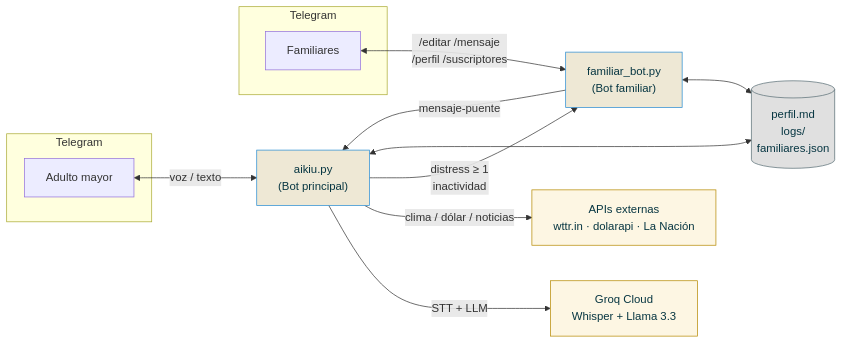
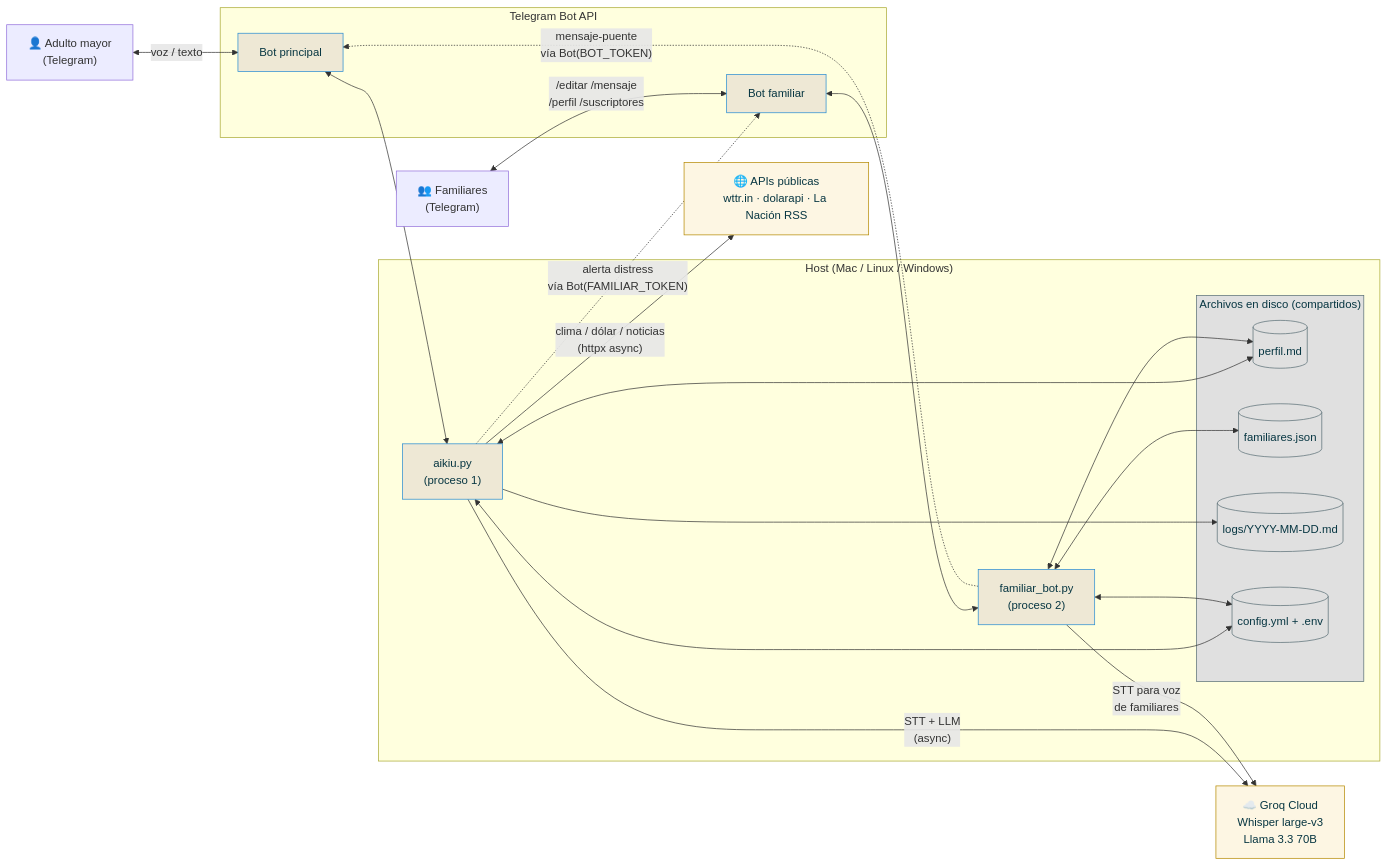
One commit to geermaanv/aikiu changed the first of 8 diagrams in README.md. Above: the diagram before and after it, drawn with Mermaid. The commit also changed other lines of this file, not shown here.

````diff
--- a/README.md
+++ b/README.md
@@ -99,25 +102,51 @@
 ```mermaid
 flowchart LR
-    subgraph TG_USR["Telegram"]
-        USR["Adulto mayor"]
-    end
-    subgraph TG_FAM["Telegram"]
-        FAM["Familiares"]
+    USR["👤 Adulto mayor<br/>(Telegram)"]
+    FAM["👥 Familiares<br/>(Telegram)"]
+
+    subgraph TG["Telegram Bot API"]
+        BOTA["Bot principal"]
+        BOTF["Bot familiar"]
     end
 
-    USR <-->|"voz / texto"| AIKIU["aikiu.py<br/>(Bot principal)"]
-    AIKIU -->|"STT + LLM"| GROQ["Groq Cloud<br/>Whisper + Llama 3.3"]
-    AIKIU -->|"clima / dólar / noticias"| EXT["APIs externas<br/>wttr.in · dolarapi · La Nación"]
-    AIKIU -->|"distress ≥ 1<br/>inactividad"| FAMBOT["familiar_bot.py<br/>(Bot familiar)"]
-    FAM <-->|"/editar /mensaje<br/>/perfil /suscriptores"| FAMBOT
-    FAMBOT -->|"mensaje-puente"| AIKIU
-    AIKIU <--> STORE[("perfil.md<br/>logs/<br/>familiares.json")]
-    FAMBOT <--> STORE
+    subgraph HOST["Host (Mac / Linux / Windows)"]
+        AIKIU["aikiu.py<br/>(proceso 1)"]
+        FAMBOT["familiar_bot.py<br/>(proceso 2)"]
+        subgraph STORE["Archivos en disco (compartidos)"]
+            PERFIL[("perfil.md")]
+            FAMJSON[("familiares.json")]
+            LOGS[("logs/YYYY-MM-DD.md")]
+            CFG[("config.yml + .env")]
+        end
+    end
+
+    GROQ["☁️ Groq Cloud<br/>Whisper large-v3<br/>Llama 3.3 70B"]
+    EXT["🌐 APIs públicas<br/>wttr.in · dolarapi · La Nación RSS"]
+
+    USR <-->|"voz / texto"| BOTA
+    FAM <-->|"/editar /mensaje<br/>/perfil /suscriptores"| BOTF
+
+    BOTA <--> AIKIU
+    BOTF <--> FAMBOT
+
+    AIKIU -->|"STT + LLM<br/>(async)"| GROQ
+    AIKIU -->|"clima / dólar / noticias<br/>(httpx async)"| EXT
+    FAMBOT -->|"STT para voz<br/>de familiares"| GROQ
+
+    AIKIU -.->|"alerta distress<br/>vía Bot(FAMILIAR_TOKEN)"| BOTF
+    FAMBOT -.->|"mensaje-puente<br/>vía Bot(BOT_TOKEN)"| BOTA
+
+    AIKIU <--> PERFIL
+    AIKIU --> LOGS
+    AIKIU <--> CFG
+    FAMBOT <--> PERFIL
+    FAMBOT <--> FAMJSON
+    FAMBOT <--> CFG
 
     classDef ext fill:#fdf6e3,stroke:#b58900,color:#073642;
     classDef bot fill:#eee8d5,stroke:#268bd2,color:#073642;
     classDef store fill:#e0e0e0,stroke:#586e75,color:#073642;
     class GROQ,EXT ext;
-    class AIKIU,FAMBOT bot;
-    class STORE store;
+    class AIKIU,FAMBOT,BOTA,BOTF bot;
+    class STORE,PERFIL,FAMJSON,LOGS,CFG store;
 ```
````
